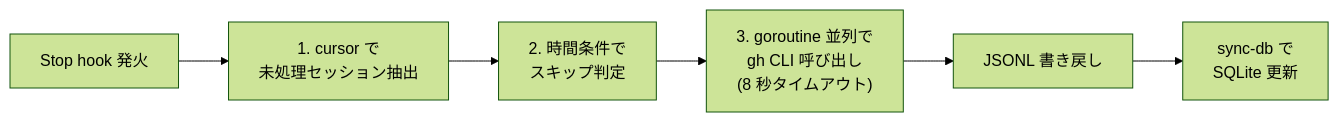
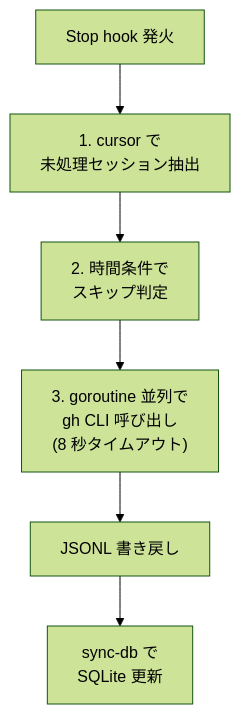
One commit to ishii1648/hitl-metrics changed the second of 3 diagrams in site/content/explain/hooks/index.md. Above: the diagram before and after it, drawn with Mermaid (forest theme). The commit also changed 2 other files, not shown here.

Commit message:
docs(site): orient Stop hook diagram vertically and unify mermaid width strategy
intent(hooks-diagram): Stop hook の処理時間フローを縦並びにする
decision(mermaid-sizing): 全 mermaid block で useMaxWidth: true + CSS width 100% !important に統一

````diff
--- a/site/content/explain/hooks/index.md
+++ b/site/content/explain/hooks/index.md
@@ -49,12 +49,11 @@
 ```mermaid
-%%{init: {'flowchart': {'useMaxWidth': false}}}%%
-flowchart LR
+flowchart TB
     A["Stop hook 発火"]
     B["1. cursor で<br/>未処理セッション抽出"]
     C["2. 時間条件で<br/>スキップ判定"]
     D["3. goroutine 並列で<br/>gh CLI 呼び出し<br/>(8 秒タイムアウト)"]
     E["JSONL 書き戻し"]
     F["sync-db で<br/>SQLite 更新"]
 
     A --> B --> C --> D --> E --> F
 ```
````
